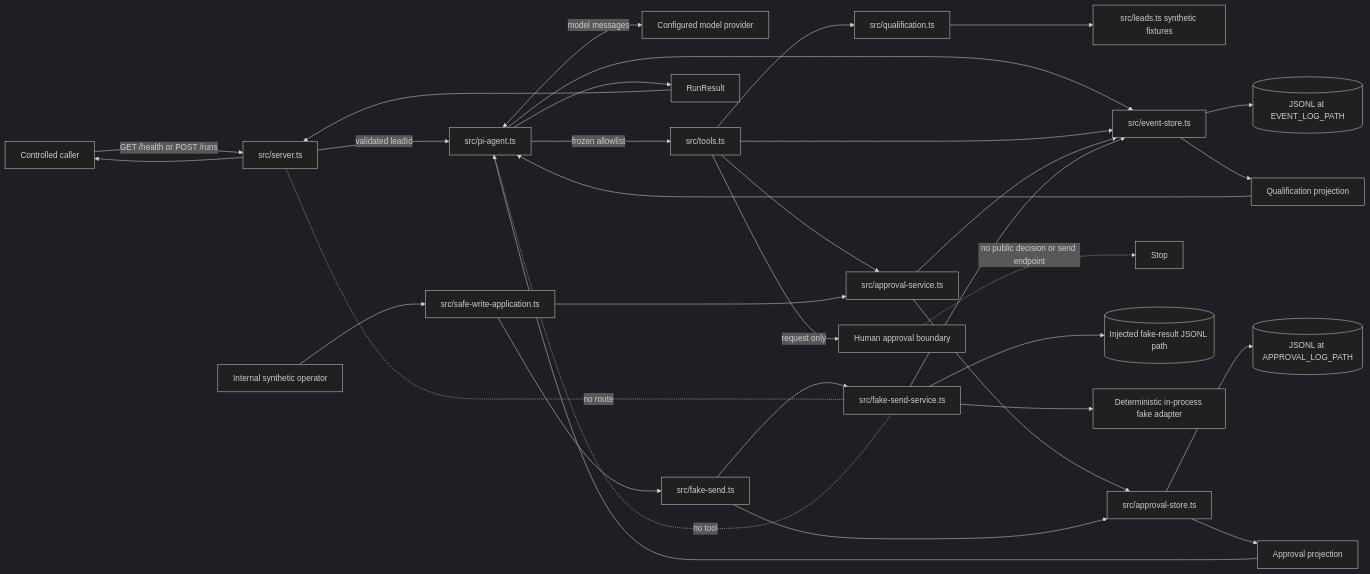
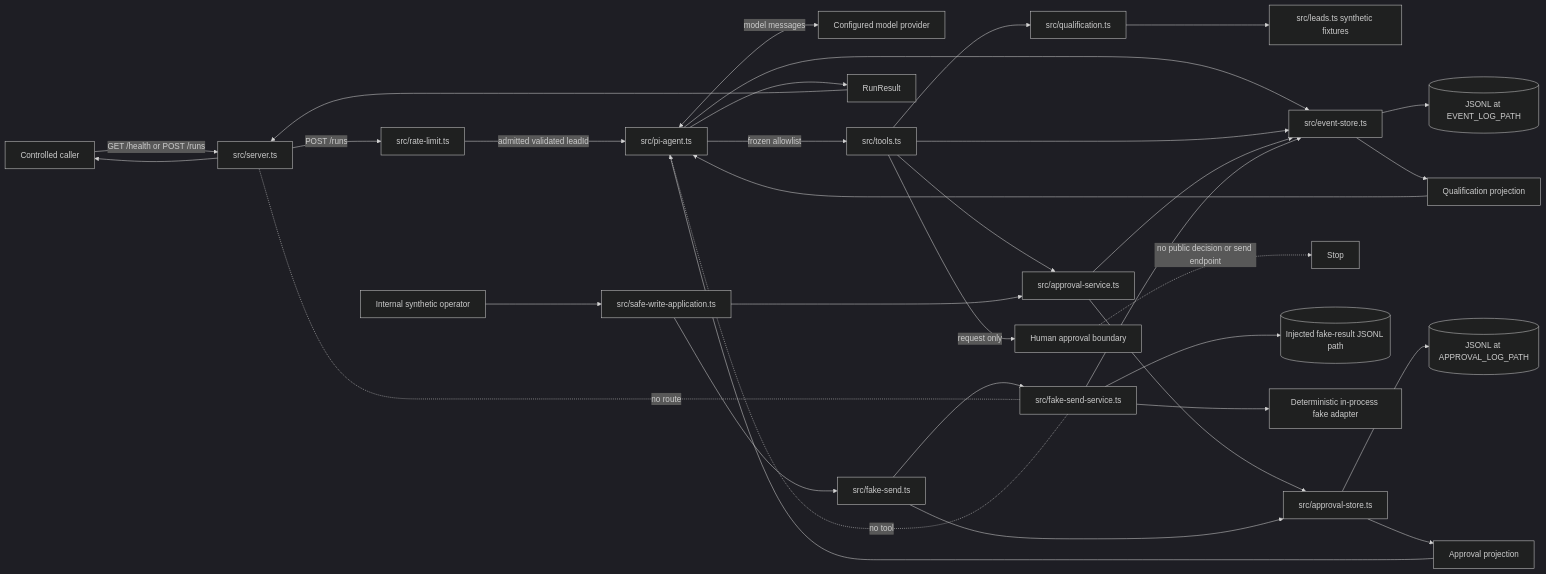
Before and after one commit to moshehbenavraham/production-agent-workshop: the diagram in docs/ARCHITECTURE.md, drawn with Mermaid (dark theme). The commit also changed other lines of this file and 16 other files, not shown here.

````diff
--- a/docs/ARCHITECTURE.md
+++ b/docs/ARCHITECTURE.md
@@ -14,35 +14,36 @@
 ```mermaid
 flowchart LR
     Caller[Controlled caller] -->|GET /health or POST /runs| Server[src/server.ts]
-    Server -->|validated leadId| Agent[src/pi-agent.ts]
+    Server -->|POST /runs| RateGate[src/rate-limit.ts]
+    RateGate -->|admitted validated leadId| Agent[src/pi-agent.ts]
     Agent <-->|model messages| Provider[Configured model provider]
     Agent -->|frozen allowlist| Tools[src/tools.ts]
     Tools --> Qualify[src/qualification.ts]
     Qualify --> Leads[src/leads.ts synthetic fixtures]
     Agent --> Events[src/event-store.ts]
     Tools --> Events
     Events --> EventLog[(JSONL at EVENT_LOG_PATH)]
     Tools --> ApprovalService[src/approval-service.ts]
     Internal[Internal synthetic operator] --> SafeWrite[src/safe-write-application.ts]
     SafeWrite --> ApprovalService
     ApprovalService --> ApprovalStore[src/approval-store.ts]
     ApprovalService --> Events
     ApprovalStore --> ApprovalLog[(JSONL at APPROVAL_LOG_PATH)]
     Events --> QualificationProjection[Qualification projection]
     ApprovalStore --> ApprovalProjection[Approval projection]
     QualificationProjection --> Agent
     ApprovalProjection --> Agent
     Agent --> Result[RunResult]
     Result --> Server
     Server --> Caller
     Tools -->|request only| Human[Human approval boundary]
     Human -. no public decision or send endpoint .-> Stop[Stop]
     SafeWrite --> FakeAuth[src/fake-send.ts]
     FakeAuth --> ApprovalStore
     FakeAuth --> FakeService[src/fake-send-service.ts]
     FakeService --> FakeStore[(Injected fake-result JSONL path)]
     FakeService --> FakeAdapter[Deterministic in-process fake adapter]
     FakeService --> Events
     Server -. no route .- FakeService
     Agent -. no tool .- FakeService
 ```
````
